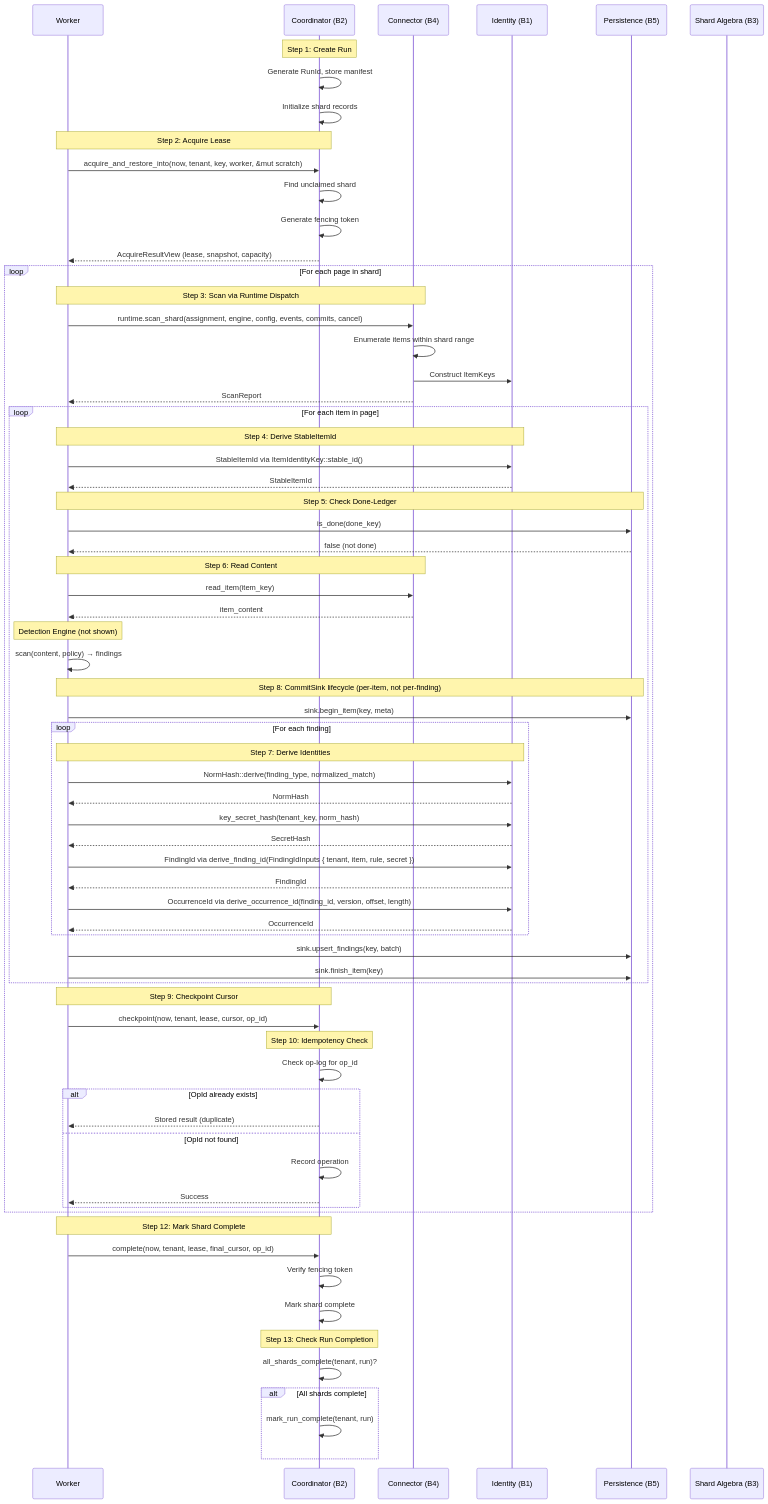
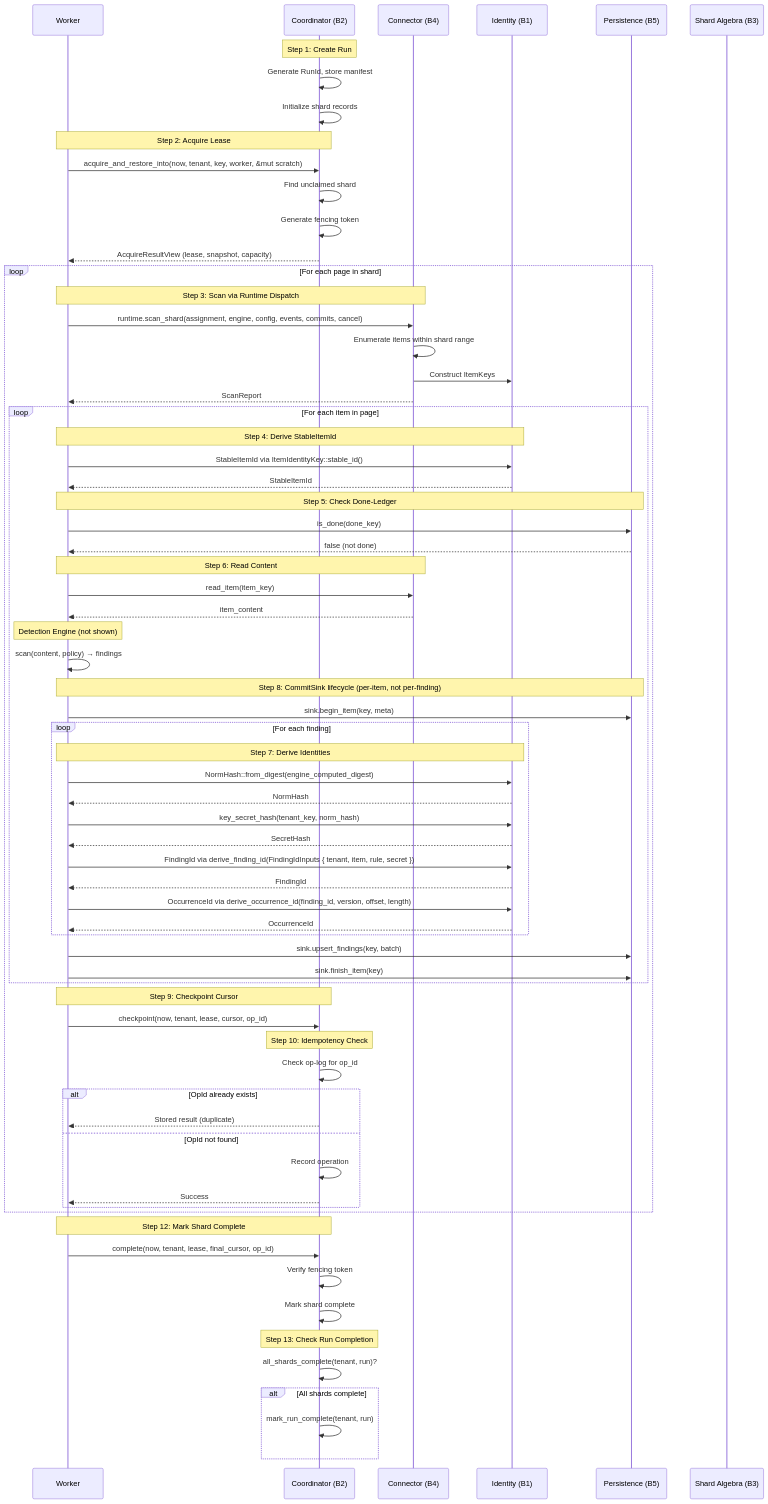
Before and after one commit to ahrav/gossip-rs-learning-guide: the diagram in 08-cross-cutting/02-data-flow-end-to-end.md, drawn with Mermaid. The commit also changed other lines of this file and 9 other files, not shown here.

```diff
--- a/08-cross-cutting/02-data-flow-end-to-end.md
+++ b/08-cross-cutting/02-data-flow-end-to-end.md
@@ -415,7 +415,7 @@
 
             loop For each finding
                 Note over W,B1: Step 7: Derive Identities
-                W->>B1: NormHash::derive(finding_type, normalized_match)
+                W->>B1: NormHash::from_digest(engine_computed_digest)
                 B1-->>W: NormHash
                 W->>B1: key_secret_hash(tenant_key, norm_hash)
                 B1-->>W: SecretHash
```
